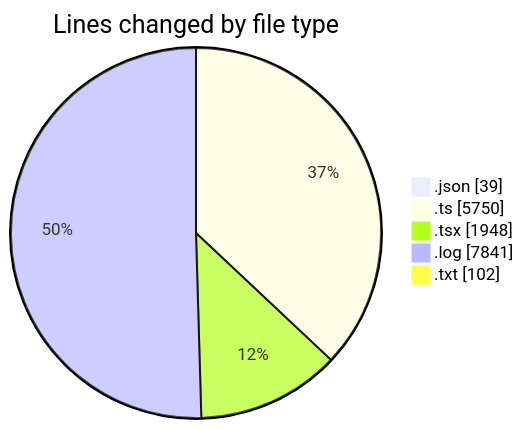
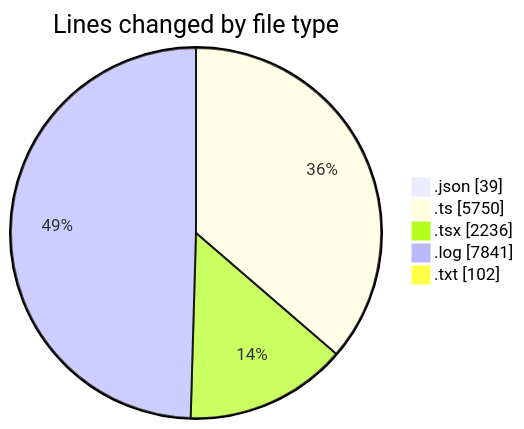
One commit to lephambinh05/code-tracking changed the first of 2 diagrams in 2025-09-13/napxuvn/README.md. Above: the diagram before and after it, drawn with Mermaid. The commit also changed other lines of this file and 1 other file, not shown here.

````diff
--- a/2025-09-13/napxuvn/README.md
+++ b/2025-09-13/napxuvn/README.md
@@ -62,9 +64,9 @@
 ```mermaid
 pie showData
 title Lines changed by file type
 ".json" : 39
 ".ts" : 5750
-".tsx" : 1948
+".tsx" : 2236
 ".log" : 7841
 ".txt" : 102
 ```
````
